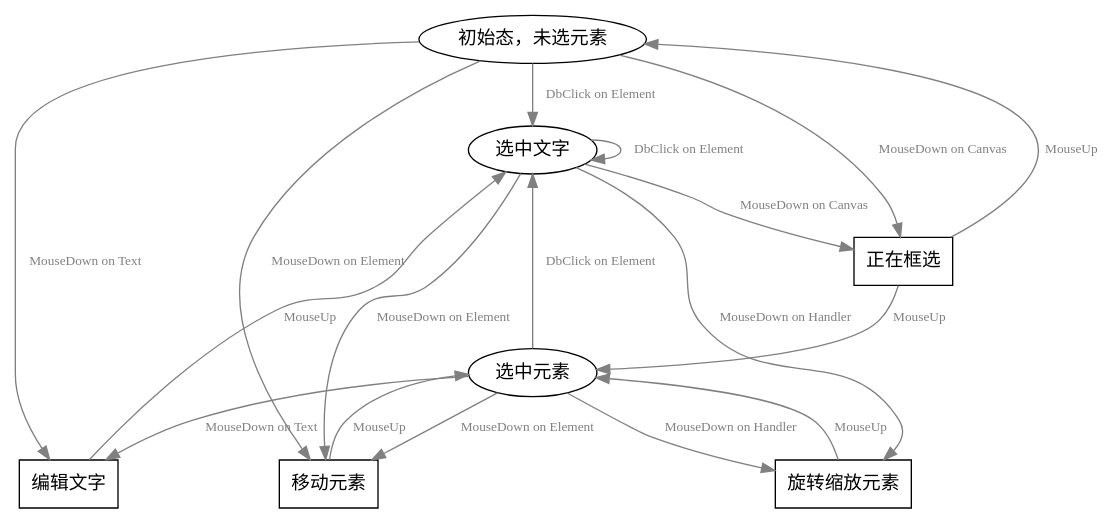
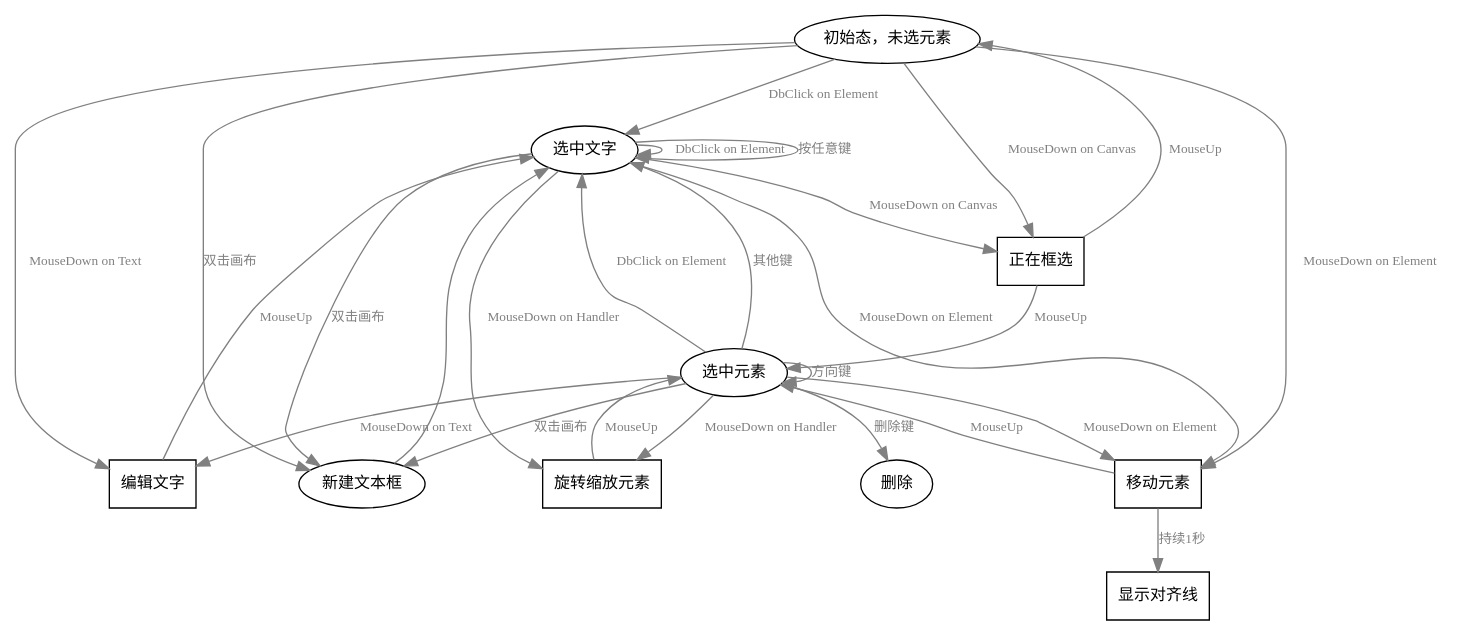
Before and after one commit to renmin/SimplestSlide: the diagram in select-state.dot, drawn with Graphviz.

Commit message:
键盘事件

```diff
--- a/select-state.dot
+++ b/select-state.dot
@@ -1,34 +1,45 @@
 digraph G {
-	node [shape=ellipse]; 
+	node [shape=ellipse fontsize=12]; 
 	edge [fontsize=10, color=gray, fontcolor=gray]
 
 	S0 [
 	 label= "初始态，未选元素"
 	]
 	S1 [
 	 label= "选中元素"
 	]
 	S_T [label = "选中文字"]
-
+	N0 [label="新建文本框"]
+	Del [label="删除"]
 	node [shape=record]; 
 	Selecting[
 		label="正在框选"
 	]
 	E0 [label="编辑文字"]
 	M1[label="移动元素"]
 	O1 [label="旋转缩放元素"]
+	Align [label="显示对齐线"]
+
 
 	{S0,S1,S_T} -> M1 [label="MouseDown on Element"]
 	M1->S1 [label="MouseUp"]
 		
 	{S0,S_T} -> Selecting [label="MouseDown on Canvas"]
 	Selecting-> {S0,S1} [label="MouseUp"]
 	{S0,S1} -> E0 [label="MouseDown on Text"]
 	E0-> S_T [label="MouseUp"]
 
 	{S1,S_T}->O1[label="MouseDown on Handler"]
 	O1->S1 [label="MouseUp"]
 
 	S0,S1,S_T->S_T[label="DbClick on Element"]
+	S0,S1,S_T->N0[label="双击画布"]
+	N0->S_T
+	M1->Align [label="持续1秒"]
+	//键盘事件
+	S_T->S_T [label="按任意键"]
+	S1->S1 [label="方向键"]
+	S1->S_T [label="其他键"]
+	S1->Del [label="删除键"]
 
 }
```
